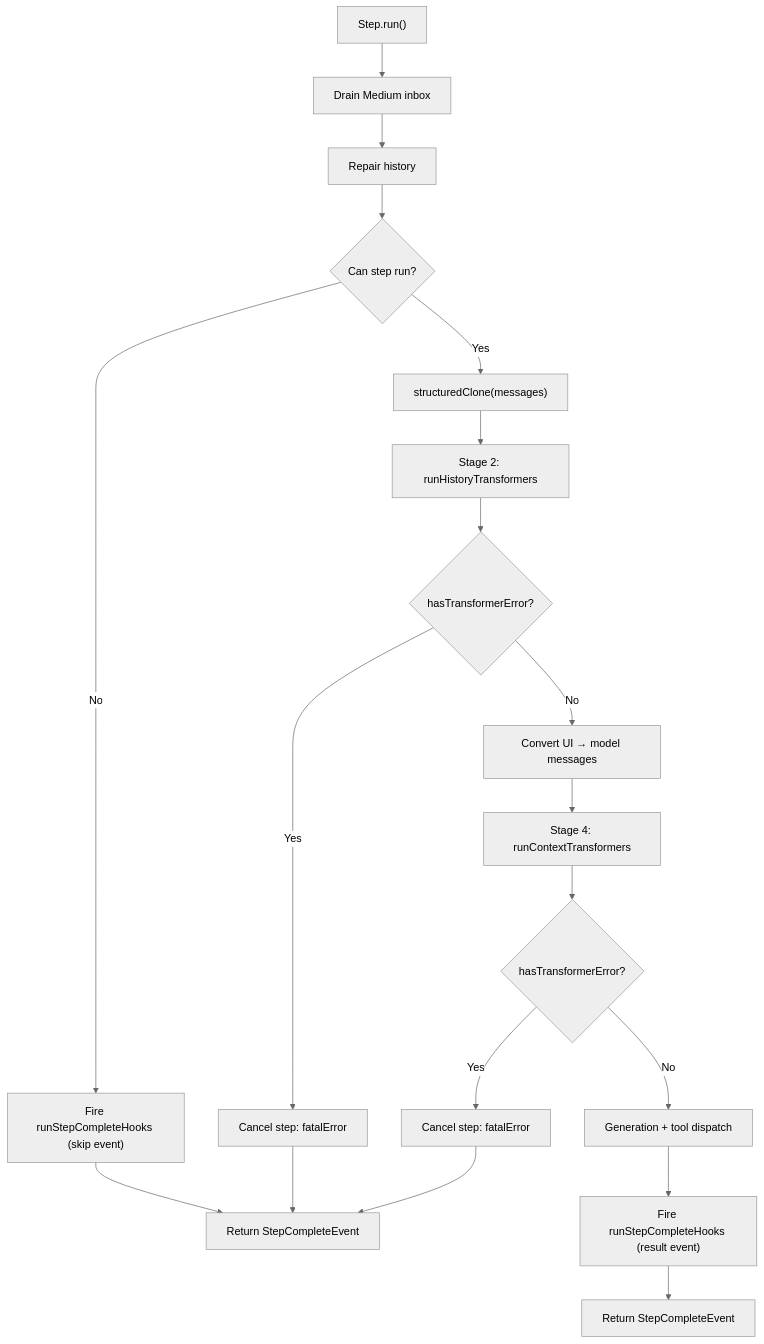
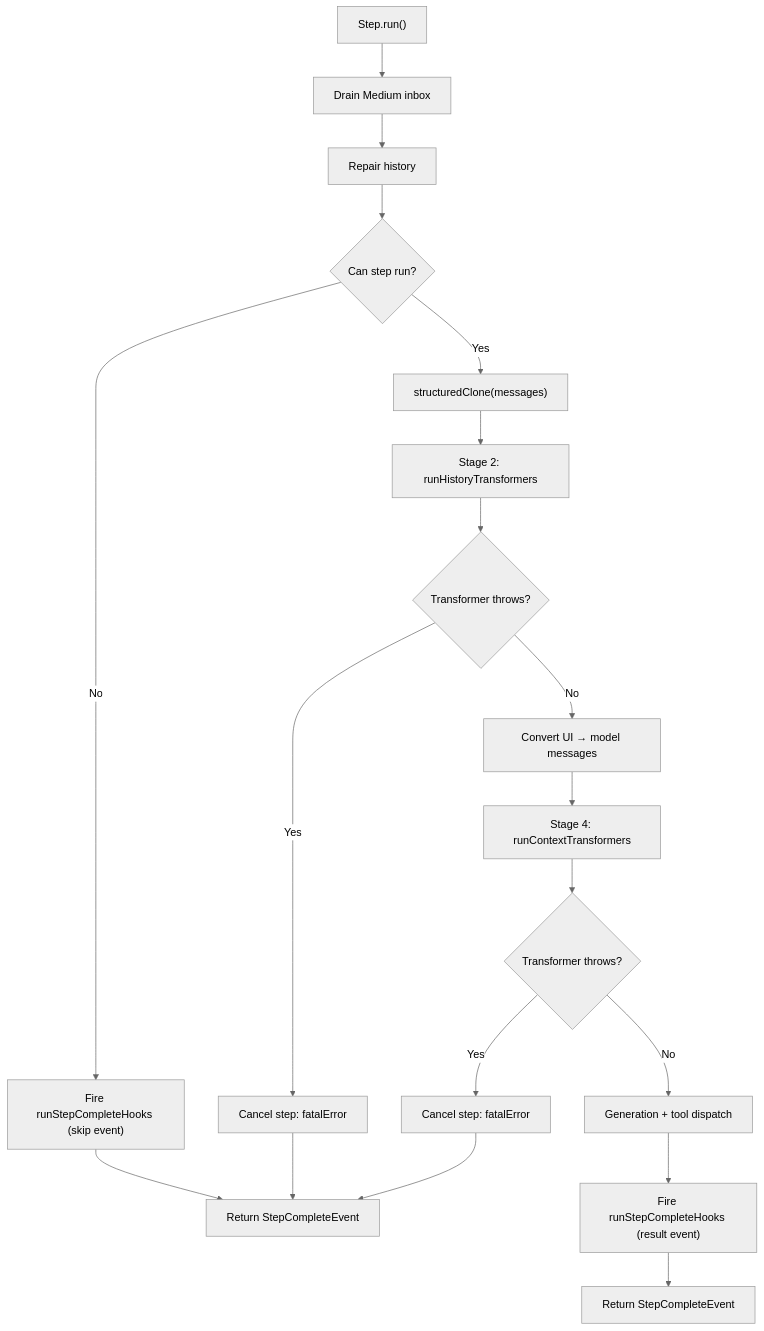
One commit to stagewise-io/klex changed the sixth of 6 diagrams in apps/fluid-agent/src/session/chat/extensions/context-compaction/architecture.md. Above: the diagram before and after it, drawn with Mermaid (neutral theme). The commit also changed other lines of this file and 5 other files, not shown here.

First line of the commit message:
refactor(fluid-agent): propagate transformer errors immediately and cancel with fatalError

````diff
--- a/apps/fluid-agent/src/session/chat/extensions/context-compaction/architecture.md
+++ b/apps/fluid-agent/src/session/chat/extensions/context-compaction/architecture.md
@@ -272,21 +272,21 @@
 ```mermaid
 flowchart TD
   StepStart["Step.run()"] --> InboxDrain["Drain Medium inbox"]
   InboxDrain --> Repair["Repair history"]
   Repair --> Decision{"Can step run?"}
   Decision -->|No| SkipCancel["Fire runStepCompleteHooks (skip event)"]
   SkipCancel --> StepEnd["Return StepCompleteEvent"]
   Decision -->|Yes| Copy["structuredClone(messages)"]
   Copy --> Stage2["Stage 2: runHistoryTransformers"]
-  Stage2 --> CheckPre{"hasTransformerError?"}
+  Stage2 --> CheckPre{"Transformer throws?"}
   CheckPre -->|Yes| CancelPre["Cancel step: fatalError"]
   CheckPre -->|No| Convert["Convert UI → model messages"]
   Convert --> Stage4["Stage 4: runContextTransformers"]
-  Stage4 --> CheckPost{"hasTransformerError?"}
+  Stage4 --> CheckPost{"Transformer throws?"}
   CheckPost -->|Yes| CancelPost["Cancel step: fatalError"]
   CheckPost -->|No| GenRun["Generation + tool dispatch"]
   GenRun --> StageHooks["Fire runStepCompleteHooks (result event)"]
   StageHooks --> StepEnd2["Return StepCompleteEvent"]
   CancelPre --> StepEnd
   CancelPost --> StepEnd
 ```
````
